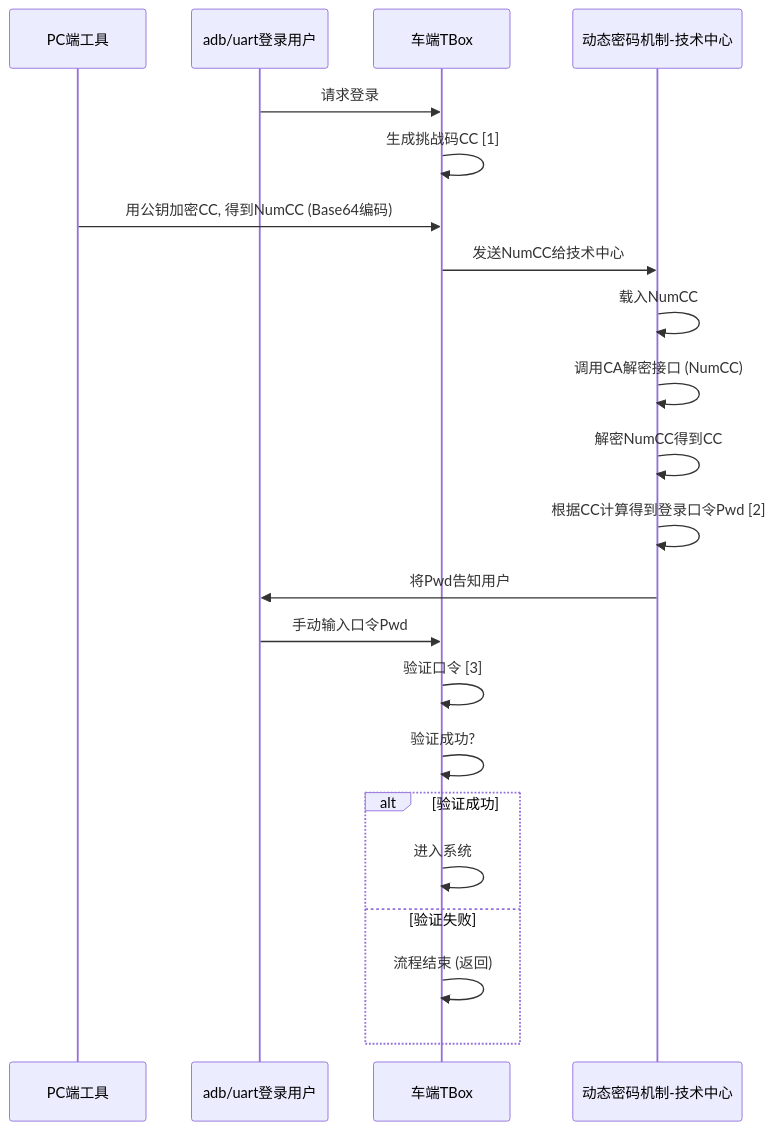
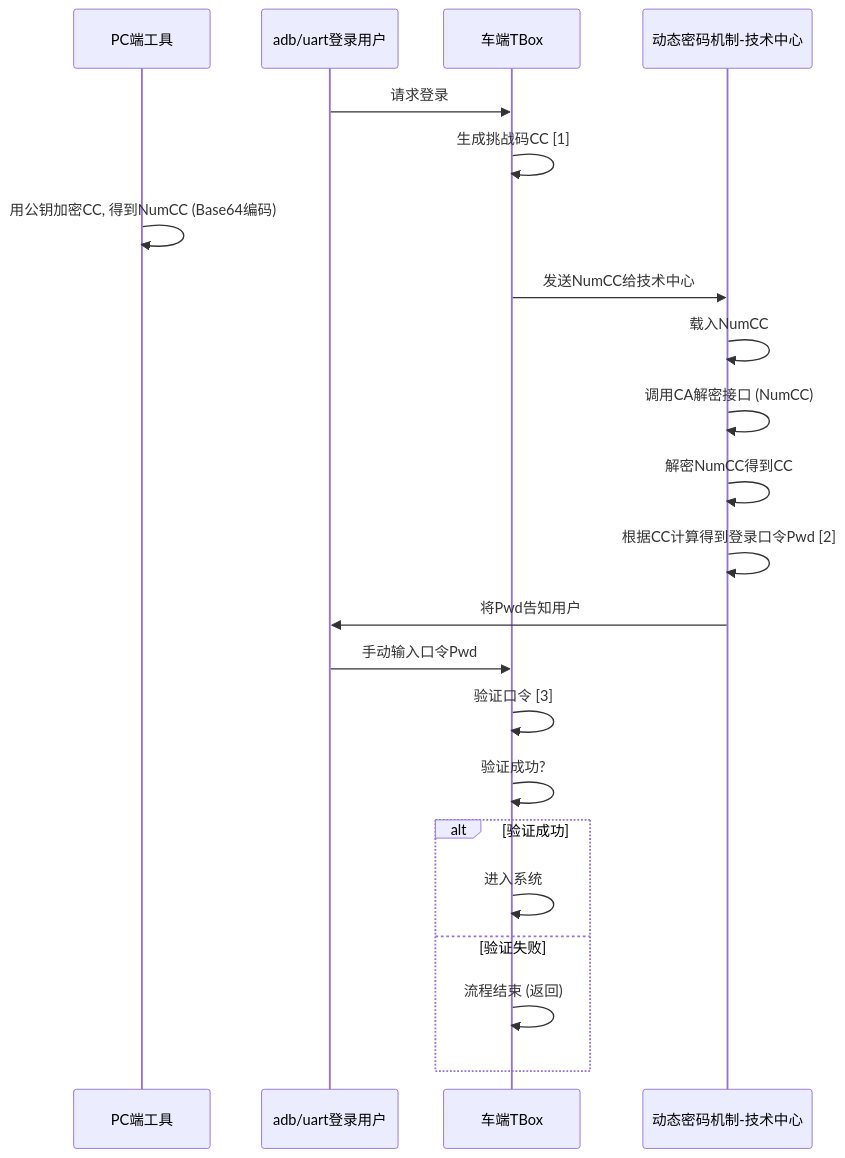
One commit to facebook-cloud/iodraw-files changed the diagram in all/未命名-13.md. Above: the diagram before and after it, drawn with Mermaid.

Commit message:
2026-01-26 18:17:47 update

````diff
--- a/all/未命名-13.md
+++ b/all/未命名-13.md
@@ -1,28 +1,29 @@
 ```mermaid
 sequenceDiagram
     participant pc as PC端工具
     participant user as adb/uart登录用户
     participant tbox as 车端TBox
     participant tech_center as 动态密码机制-技术中心
   
 
     user->>tbox: 请求登录
     tbox->>tbox: 生成挑战码CC [1]
-    pc->>tbox: 用公钥加密CC, 得到NumCC (Base64编码)
+    
+    pc->>pc: 用公钥加密CC, 得到NumCC (Base64编码)
     tbox->>tech_center: 发送NumCC给技术中心
     tech_center->>tech_center: 载入NumCC
     tech_center->>tech_center: 调用CA解密接口 (NumCC)
     tech_center->>tech_center: 解密NumCC得到CC
     tech_center->>tech_center: 根据CC计算得到登录口令Pwd [2]
     tech_center->>user: 将Pwd告知用户
     user->>tbox: 手动输入口令Pwd
     tbox->>tbox: 验证口令 [3]
     tbox->>tbox: 验证成功?
     alt 验证成功
         tbox->>tbox: 进入系统
     else 验证失败
         tbox->>tbox: 流程结束 (返回)
     end
 
 
 ```
````
